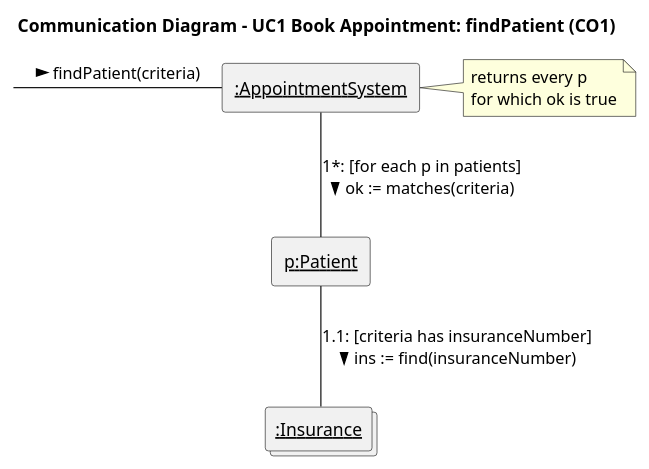
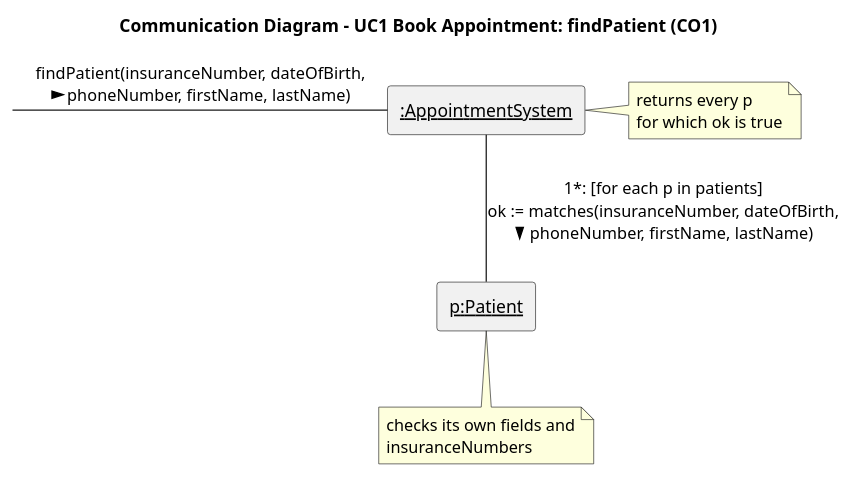
One commit to rakib-akter/SOEN-342-Project changed the diagram in docs/interaction-diagrams/book-appointment-find-patient.puml. Above: the diagram before and after it, drawn with PlantUML. The commit also changed 4 other files, not shown here.

Commit message:
sync interaction diagrams with the class diagram: insurance stays in patient, repeat pattern is passed as params and make availability goes through addSlot

```diff
--- a/docs/interaction-diagrams/book-appointment-find-patient.puml
+++ b/docs/interaction-diagrams/book-appointment-find-patient.puml
@@ -1,18 +1,21 @@
 @startuml book-appointment-find-patient
 title Communication Diagram - UC1 Book Appointment: findPatient (CO1)
 skinparam linetype polyline
 
 label " " as start
 rectangle "<u>:AppointmentSystem</u>" as ctrl
 rectangle "<u>p:Patient</u>" as p
-collections "<u>:Insurance</u>" as insurances
 
-start -right- ctrl : "findPatient(criteria) >"
-ctrl -- p : "1*: [for each p in patients]\nok := matches(criteria) >"
-p -- insurances : "1.1: [criteria has insuranceNumber]\nins := find(insuranceNumber) >"
+start -right- ctrl : "findPatient(insuranceNumber, dateOfBirth,\nphoneNumber, firstName, lastName) >"
+ctrl -- p : "1*: [for each p in patients]\nok := matches(insuranceNumber, dateOfBirth,\nphoneNumber, firstName, lastName) >"
 
 note right of ctrl
   returns every p
   for which ok is true
 end note
+
+note bottom of p
+  checks its own fields and
+  insuranceNumbers
+end note
 @enduml
```
